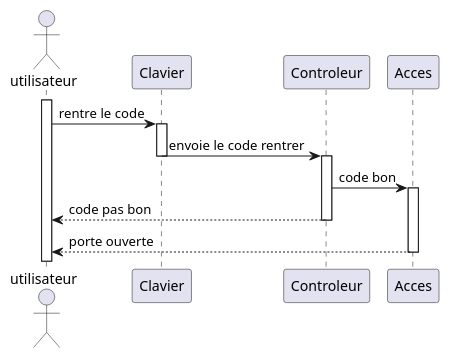
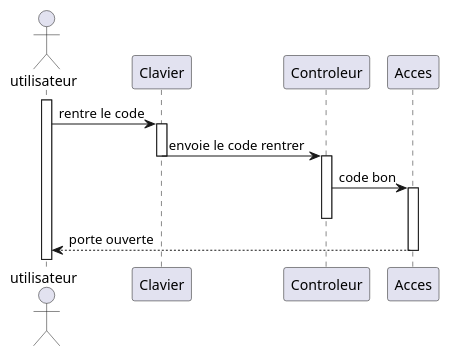
One commit to JolanRAMBEAUX/Analyse_TD7 changed the diagram in diagramSequence/premierDiagram.md. Above: the diagram before and after it, drawn with PlantUML.

````diff
--- a/diagramSequence/premierDiagram.md
+++ b/diagramSequence/premierDiagram.md
@@ -1,21 +1,20 @@
 ```plantuml
 @startuml
 actor utilisateur as user
 participant Clavier as kBoard
 participant Controleur as ctrl
 participant Acces
 
 activate user
 user -> kBoard : rentre le code
 activate kBoard
 kBoard -> ctrl : envoie le code rentrer
 deactivate kBoard
 activate ctrl
 ctrl -> Acces : code bon
 activate Acces
-ctrl --> user : code pas bon
 deactivate ctrl
 Acces --> user : porte ouverte
 deactivate Acces
 @enduml
 ```
````
